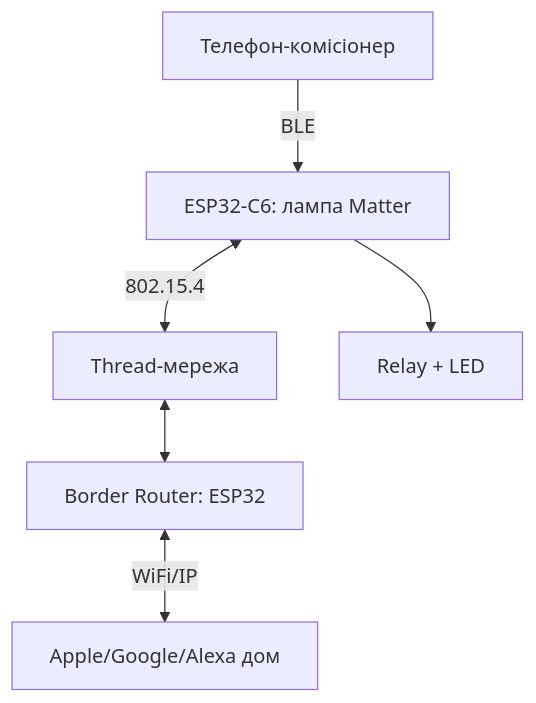
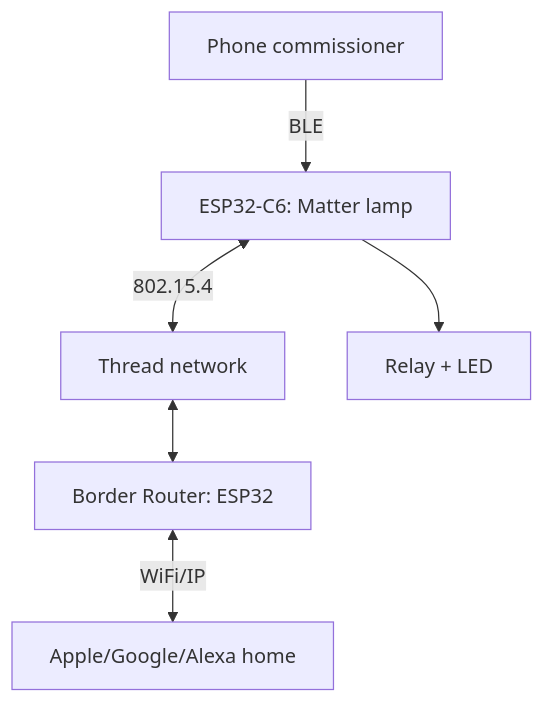
One commit to ksalab/embedded-reference changed the diagram in obsidian_vault/ESP32-Reference/EN/15-Protocols/16-Matter-Thread-Deep.en.md. Above: the diagram before and after it, drawn with Mermaid. The commit also changed other lines of this file and 76 other files, not shown here.

````diff
--- a/obsidian_vault/ESP32-Reference/EN/15-Protocols/16-Matter-Thread-Deep.en.md
+++ b/obsidian_vault/ESP32-Reference/EN/15-Protocols/16-Matter-Thread-Deep.en.md
@@ -40,8 +40,8 @@
 ```mermaid
 flowchart TB
-  LAMP[ESP32-C6: лампа Matter] <-->|802.15.4| THR[Thread-мережа]
+  LAMP[ESP32-C6: Matter lamp] <-->|802.15.4| THR[Thread network]
   THR <--> BR[Border Router: ESP32]
-  BR <-->|WiFi/IP| HOME[Apple/Google/Alexa дом]
-  PHONE[Телефон-комісіонер] -->|BLE| LAMP
+  BR <-->|WiFi/IP| HOME[Apple/Google/Alexa home]
+  PHONE[Phone commissioner] -->|BLE| LAMP
   LAMP --> LED[Relay + LED]
 ```
````
